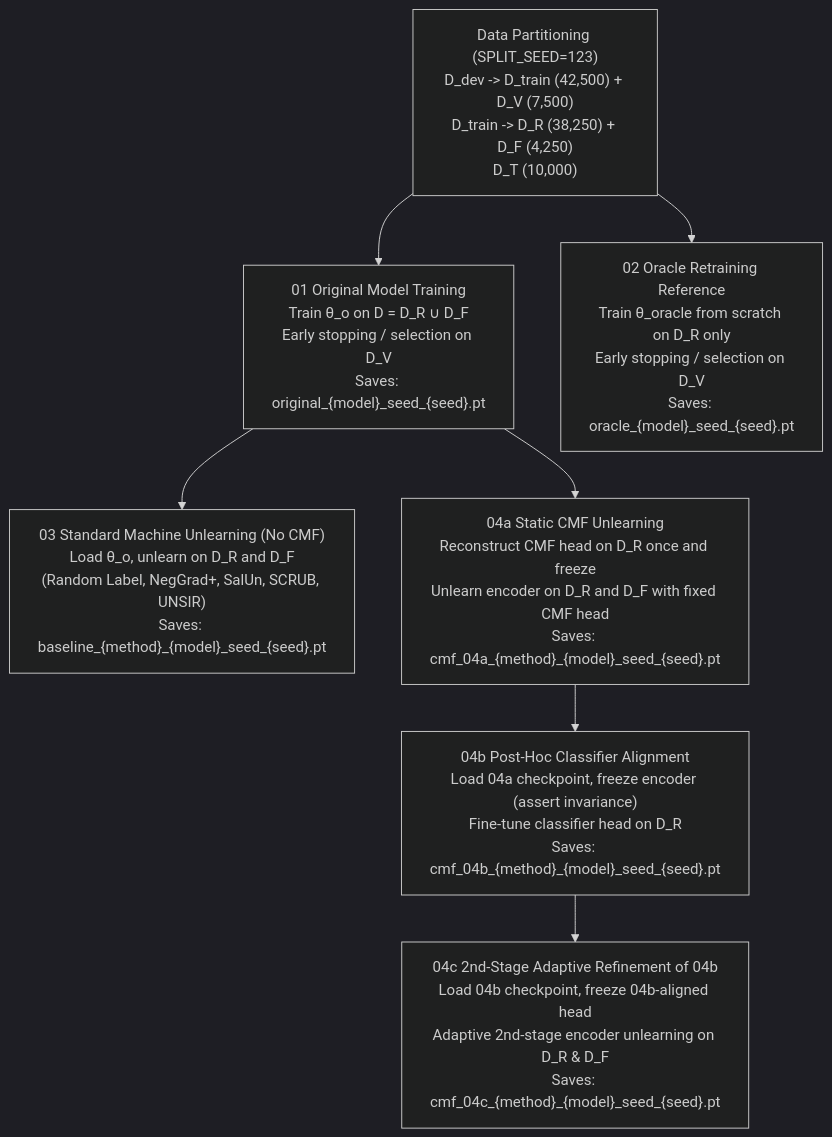
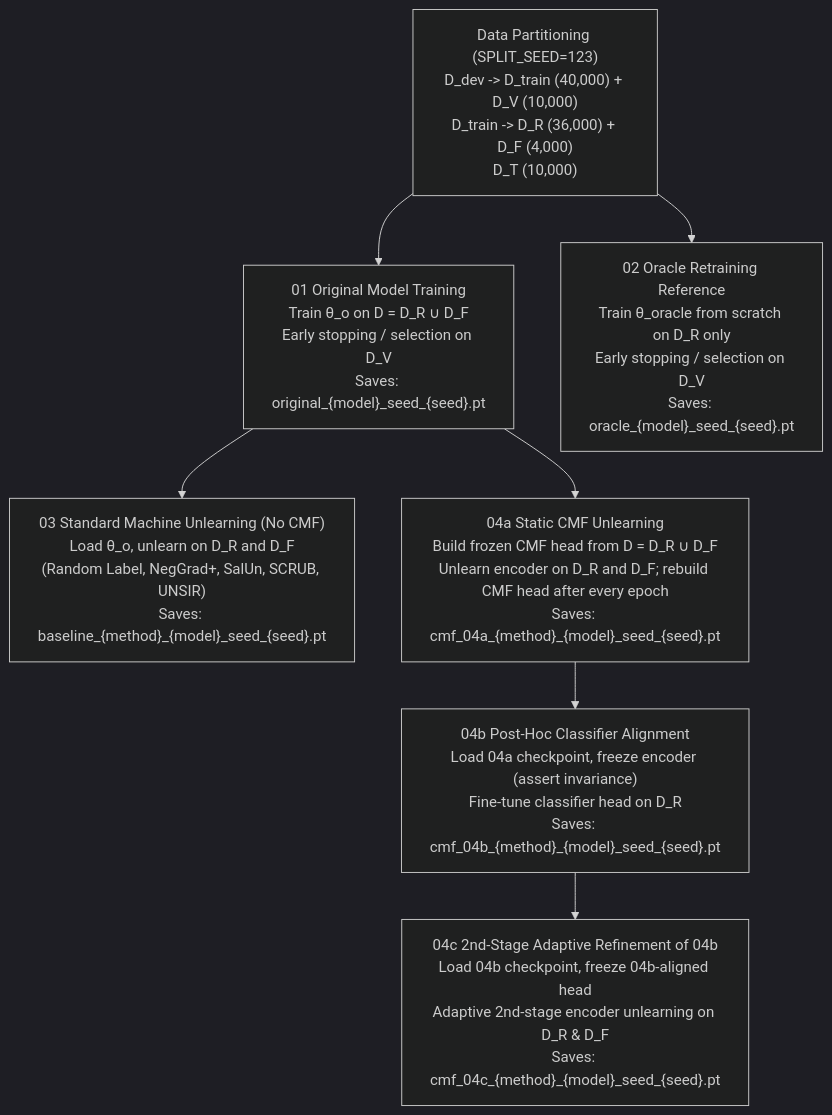
The diagram in DATA_FLOW_TRACE.md (tiensinh2/Unlearning_experiments_1), drawn with Mermaid (dark theme) before and after one commit. The commit also changed other lines of this file and 9 other files, not shown here.

Commit message:
Update docs/notebooks for 80/20 split, 10 seeds, U-MIA, paper hyperparameters, per-epoch CMF

````diff
--- a/DATA_FLOW_TRACE.md
+++ b/DATA_FLOW_TRACE.md
@@ -5,23 +5,23 @@
 ```mermaid
 flowchart TD
-    D0["Data Partitioning (SPLIT_SEED=123)<br/>D_dev -> D_train (42,500) + D_V (7,500)<br/>D_train -> D_R (38,250) + D_F (4,250)<br/>D_T (10,000)"]
+    D0["Data Partitioning (SPLIT_SEED=123)<br/>D_dev -> D_train (40,000) + D_V (10,000)<br/>D_train -> D_R (36,000) + D_F (4,000)<br/>D_T (10,000)"]
     
     S01["01 Original Model Training<br/>Train θ_o on D = D_R ∪ D_F<br/>Early stopping / selection on D_V<br/>Saves: original_{model}_seed_{seed}.pt"]
     
     S02["02 Oracle Retraining Reference<br/>Train θ_oracle from scratch on D_R only<br/>Early stopping / selection on D_V<br/>Saves: oracle_{model}_seed_{seed}.pt"]
     
     S03["03 Standard Machine Unlearning (No CMF)<br/>Load θ_o, unlearn on D_R and D_F<br/>(Random Label, NegGrad+, SalUn, SCRUB, UNSIR)<br/>Saves: baseline_{method}_{model}_seed_{seed}.pt"]
     
-    S04a["04a Static CMF Unlearning<br/>Reconstruct CMF head on D_R once and freeze<br/>Unlearn encoder on D_R and D_F with fixed CMF head<br/>Saves: cmf_04a_{method}_{model}_seed_{seed}.pt"]
+    S04a["04a Static CMF Unlearning<br/>Build frozen CMF head from D = D_R ∪ D_F<br/>Unlearn encoder on D_R and D_F; rebuild CMF head after every epoch<br/>Saves: cmf_04a_{method}_{model}_seed_{seed}.pt"]
     
     S04b["04b Post-Hoc Classifier Alignment<br/>Load 04a checkpoint, freeze encoder (assert invariance)<br/>Fine-tune classifier head on D_R<br/>Saves: cmf_04b_{method}_{model}_seed_{seed}.pt"]
     
     S04c["04c 2nd-Stage Adaptive Refinement of 04b<br/>Load 04b checkpoint, freeze 04b-aligned head<br/>Adaptive 2nd-stage encoder unlearning on D_R & D_F<br/>Saves: cmf_04c_{method}_{model}_seed_{seed}.pt"]
     
     D0 --> S01
     D0 --> S02
     S01 --> S03
     S01 --> S04a
     S04a --> S04b
     S04b --> S04c
 ```
````
